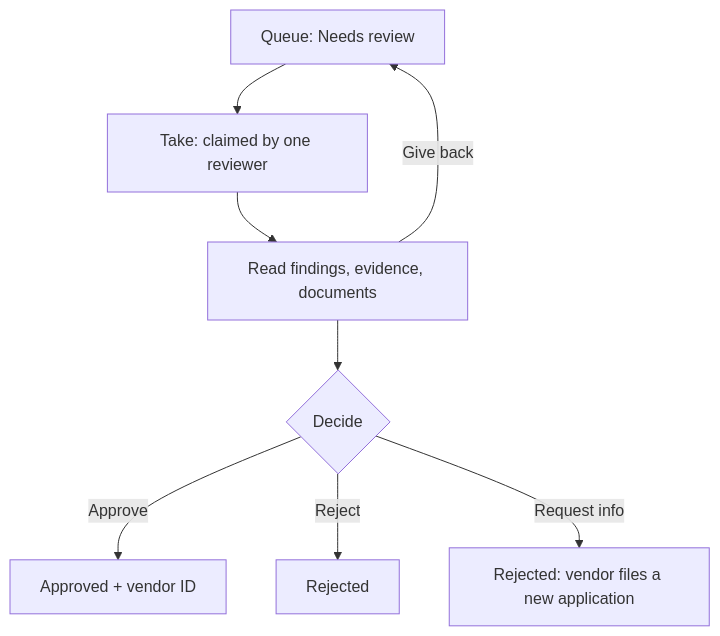
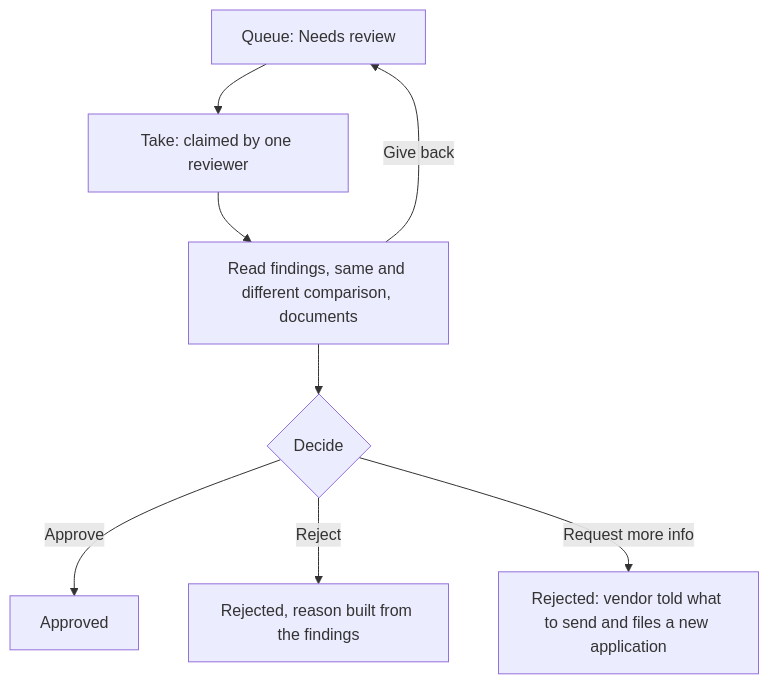
The fifth of 6 diagrams in docs/WORKFLOW.md (ShubhamK0802/vendor-onboarding-flask), drawn with Mermaid before and after one commit. The commit also changed other lines of this file and 22 other files, not shown here.

First line of the commit message:
Already registered outcome, same-name-different-ID review, vendor view without internal detail, updated docs

````diff
--- a/docs/WORKFLOW.md
+++ b/docs/WORKFLOW.md
@@ -59,10 +78,10 @@
 ```mermaid
 flowchart TD
     Q[Queue: Needs review] --> T[Take: claimed by one reviewer]
-    T --> V[Read findings, evidence, documents]
+    T --> V[Read findings, same and different comparison, documents]
     V --> X{Decide}
-    X -->|Approve| AP[Approved + vendor ID]
-    X -->|Reject| RJ[Rejected]
-    X -->|Request info| RI[Rejected: vendor files a new application]
+    X -->|Approve| AP[Approved]
+    X -->|Reject| RJ[Rejected, reason built from the findings]
+    X -->|Request more info| RI[Rejected: vendor told what to send and files a new application]
     V -->|Give back| Q
 ```
````
